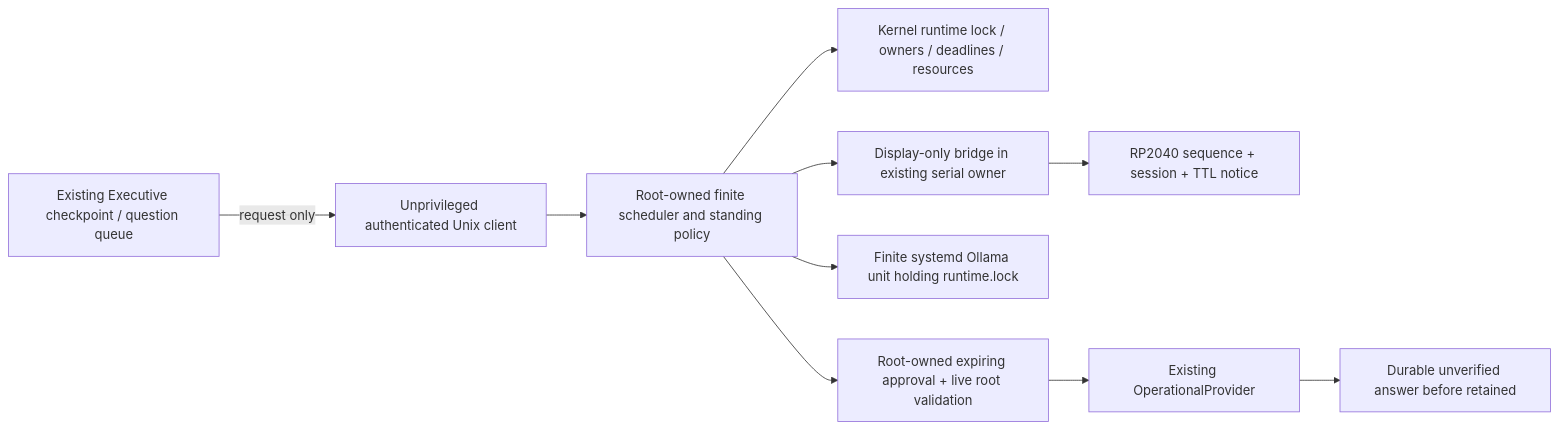
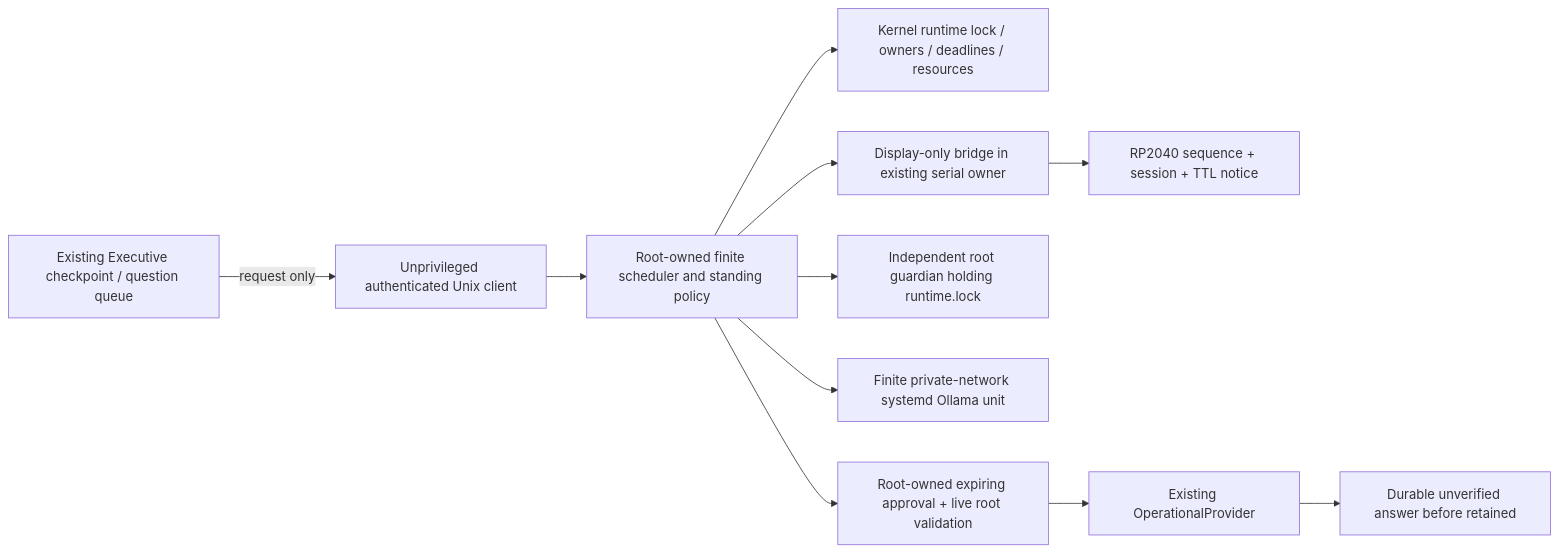
One commit to mrgarmise/charlie changed the diagram in docs/consultation/native-notice/ARCHITECTURE.md. Above: the diagram before and after it, drawn with Mermaid. The commit also changed 6 other files, not shown here.

````diff
--- a/docs/consultation/native-notice/ARCHITECTURE.md
+++ b/docs/consultation/native-notice/ARCHITECTURE.md
@@ -9,12 +9,13 @@
 ```mermaid
 flowchart LR
   E[Existing Executive checkpoint / question queue] -->|request only| C[Unprivileged authenticated Unix client]
   C --> R[Root-owned finite scheduler and standing policy]
   R --> K[Kernel runtime lock / owners / deadlines / resources]
   R --> D[Display-only bridge in existing serial owner]
   D --> P[RP2040 sequence + session + TTL notice]
-  R --> S[Finite systemd Ollama unit holding runtime.lock]
+  R --> G[Independent root guardian holding runtime.lock]
+  R --> S[Finite private-network systemd Ollama unit]
   R --> A[Root-owned expiring approval + live root validation]
   A --> O[Existing OperationalProvider]
   O --> J[Durable unverified answer before retained]
 ```
````
